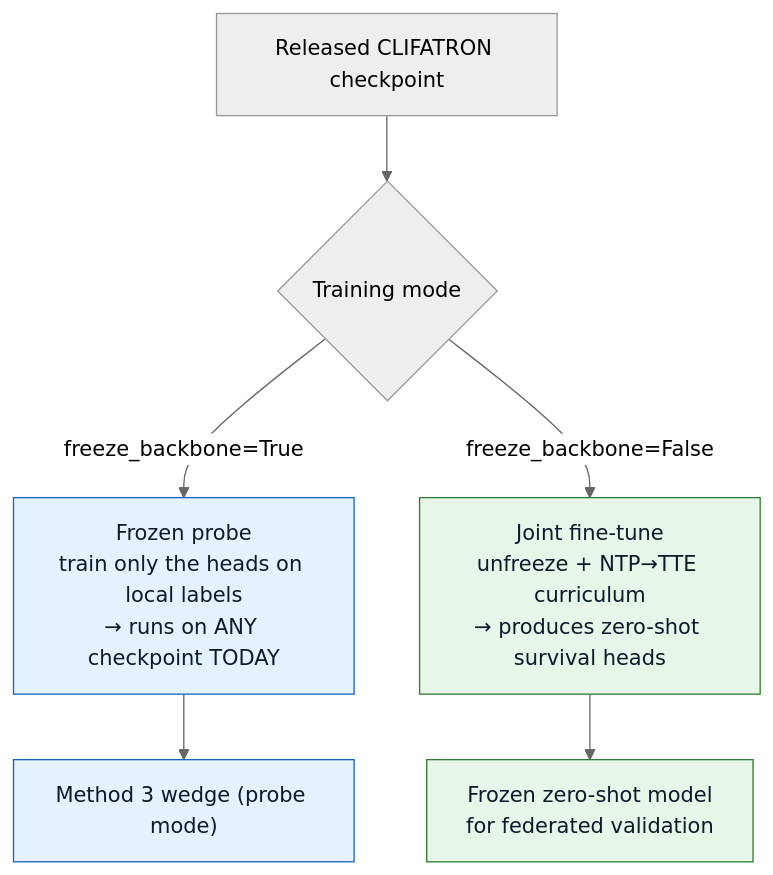
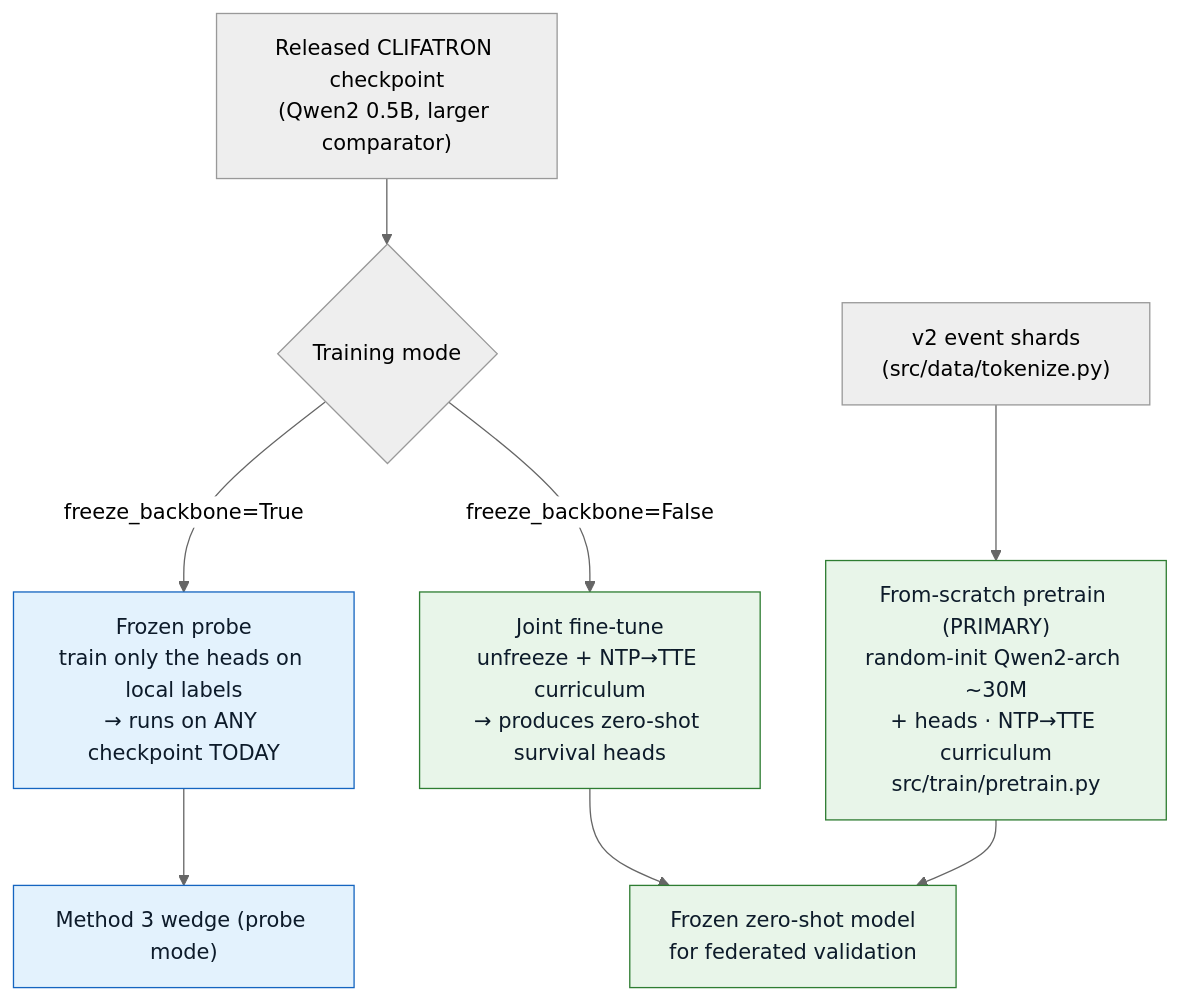
Before and after one commit to sajor2000/clifatron2.0: the fifth of 5 diagrams in website/docs/objectives-training.md, drawn with Mermaid (neutral theme). The commit also changed other lines of this file and 37 other files, not shown here.

````diff
--- a/website/docs/objectives-training.md
+++ b/website/docs/objectives-training.md
@@ -113,15 +113,17 @@
 ```mermaid
 flowchart TB
-    CKPT["Released CLIFATRON checkpoint"] --> MODE{Training mode}
+    SHARDS["v2 event shards<br/>(src/data/tokenize.py)"] --> SCRATCH["From-scratch pretrain (PRIMARY)<br/>random-init Qwen2-arch ~30M<br/>+ heads · NTP→TTE curriculum<br/>src/train/pretrain.py"]
+    CKPT["Released CLIFATRON checkpoint<br/>(Qwen2 0.5B, larger comparator)"] --> MODE{Training mode}
 
     MODE -->|"freeze_backbone=True"| FROZEN["Frozen probe<br/>train only the heads on local labels<br/>→ runs on ANY checkpoint TODAY"]
     MODE -->|"freeze_backbone=False"| JOINT["Joint fine-tune<br/>unfreeze + NTP→TTE curriculum<br/>→ produces zero-shot survival heads"]
 
     FROZEN --> M3["Method 3 wedge (probe mode)"]
-    JOINT --> FED["Frozen zero-shot model<br/>for federated validation"]
+    SCRATCH --> FED["Frozen zero-shot model<br/>for federated validation"]
+    JOINT --> FED
 
     classDef a fill:#e3f2fd,stroke:#1565c0,color:#0d1b2a;
     classDef b fill:#e8f5e9,stroke:#2e7d32,color:#0d1b2a;
     class FROZEN,M3 a;
-    class JOINT,FED b;
+    class SCRATCH,JOINT,FED b;
 ```
````
